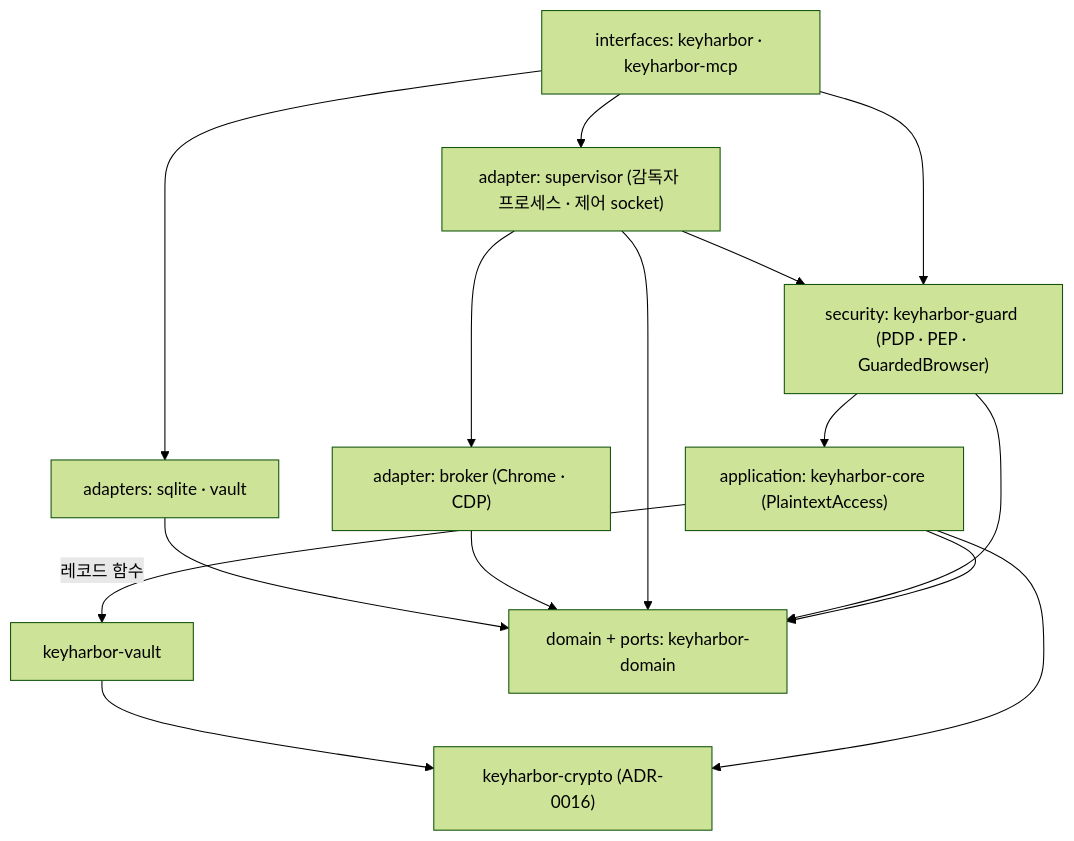
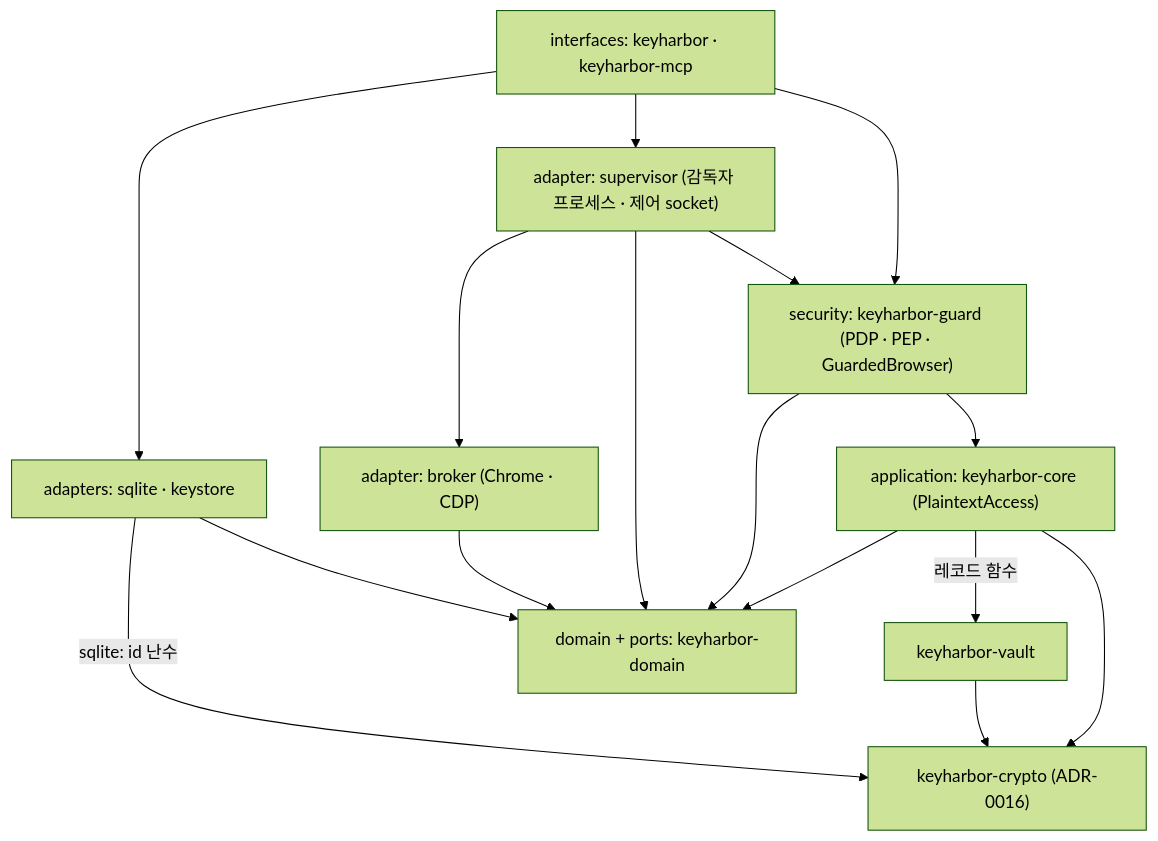
The first of 2 diagrams in docs/design/adr/0014-hexagonal-guard-layer.md (LeeSwallow/KeyHarbor), drawn with Mermaid (forest theme) before and after one commit. The commit also changed other lines of this file and 71 other files, not shown here.

````diff
--- a/docs/design/adr/0014-hexagonal-guard-layer.md
+++ b/docs/design/adr/0014-hexagonal-guard-layer.md
@@ -24,12 +24,13 @@
 ```mermaid
 flowchart TB
   I["interfaces: keyharbor · keyharbor-mcp"] --> S["adapter: supervisor (감독자 프로세스 · 제어 socket)"]
-  I --> A["adapters: sqlite · vault"]
+  I --> A["adapters: sqlite · keystore"]
   S --> B["adapter: broker (Chrome · CDP)"]
   S --> G
   I --> G["security: keyharbor-guard (PDP · PEP · GuardedBrowser)"]
   G --> C["application: keyharbor-core (PlaintextAccess)"]
   C -->|"레코드 함수"| V["keyharbor-vault"]
+  A -->|"sqlite: id 난수"| X
   V & C --> X["keyharbor-crypto (ADR-0016)"]
   A & B & S & G & C --> D["domain + ports: keyharbor-domain"]
 ```
````
